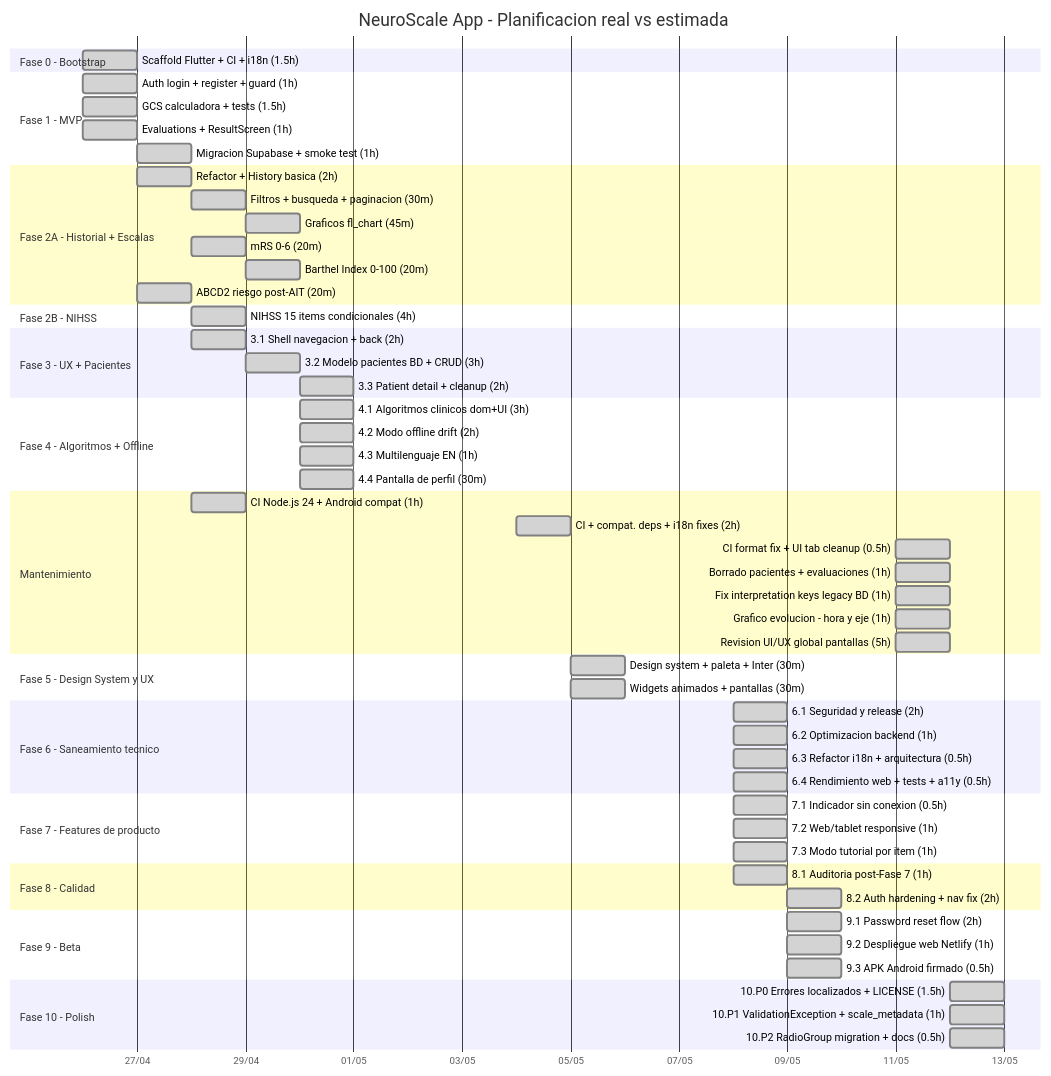
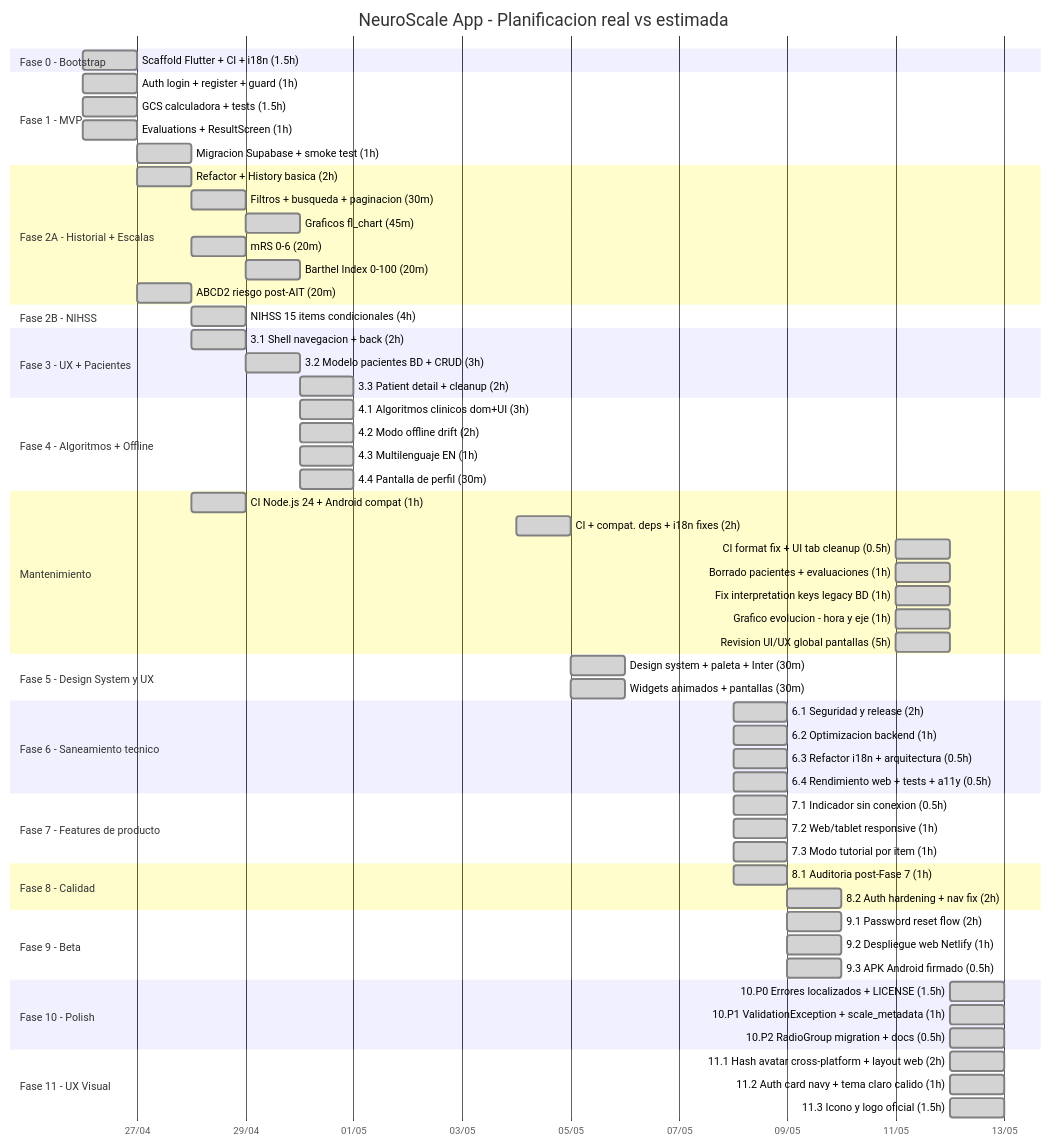
The diagram in README.md (grisllo/NeuroScaleApp), drawn with Mermaid before and after one commit. The commit also changed other lines of this file and 2 other files, not shown here.

Commit message:
fix(ci): formato tool/generate_icon.dart + docs Fase 11 UX Visual
- tool/generate_icon.dart: corregido formato dart para que CI pase
- README: Gantt Fase 11 completada (~76h)
- docs/ROADMAP.md: estado actual actualizado a Fase 11

````diff
--- a/README.md
+++ b/README.md
@@ -47,75 +47,80 @@
 ```mermaid
 gantt
     title NeuroScale App - Planificacion real vs estimada
     dateFormat  YYYY-MM-DD
     axisFormat  %d/%m
 
     section Fase 0 - Bootstrap
     Scaffold Flutter + CI + i18n (1.5h)      :done, f0,   2026-04-26, 1d
 
     section Fase 1 - MVP
     Auth login + register + guard (1h)       :done, f1a,  2026-04-26, 1d
     GCS calculadora + tests (1.5h)           :done, f1b,  2026-04-26, 1d
     Evaluations + ResultScreen (1h)          :done, f1c,  2026-04-26, 1d
     Migracion Supabase + smoke test (1h)     :done, f1d,  2026-04-27, 1d
 
     section Fase 2A - Historial + Escalas
     Refactor + History basica (2h)           :done, f2a1, 2026-04-27, 1d
     Filtros + busqueda + paginacion (30m)    :done, f2a2, after f2a1, 1d
     Graficos fl_chart (45m)                  :done, f2a3, after f2a2, 1d
     mRS 0-6 (20m)                            :done, f2a4, after f2a1, 1d
     Barthel Index 0-100 (20m)                :done, f2a5, after f2a4, 1d
     ABCD2 riesgo post-AIT (20m)              :done, f2a6, 2026-04-27, 1d
 
     section Fase 2B - NIHSS
     NIHSS 15 items condicionales (4h)        :done, f2b,  2026-04-28, 1d
 
     section Fase 3 - UX + Pacientes
     3.1 Shell navegacion + back (2h)         :done, f3a,  2026-04-28, 1d
     3.2 Modelo pacientes BD + CRUD (3h)      :done, f3b,  2026-04-29, 1d
     3.3 Patient detail + cleanup (2h)        :done, f3c,  2026-04-30, 1d
 
     section Fase 4 - Algoritmos + Offline
     4.1 Algoritmos clinicos dom+UI (3h)      :done, f4a,  2026-04-30, 1d
     4.2 Modo offline drift (2h)              :done, f4b,  2026-04-30, 1d
     4.3 Multilenguaje EN (1h)                :done, f4c,  2026-04-30, 1d
     4.4 Pantalla de perfil (30m)             :done, f4d,  2026-04-30, 1d
 
     section Mantenimiento
     CI Node.js 24 + Android compat (1h)      :done, mnt0, 2026-04-28, 1d
     CI + compat. deps + i18n fixes (2h)      :done, mnt,  2026-05-04, 1d
     CI format fix + UI tab cleanup (0.5h)    :done, mnt2, 2026-05-11, 1d
     Borrado pacientes + evaluaciones (1h)    :done, mnt3, 2026-05-11, 1d
     Fix interpretation keys legacy BD (1h)   :done, mnt4, 2026-05-11, 1d
     Grafico evolucion - hora y eje (1h)      :done, mnt5, 2026-05-11, 1d
     Revision UI/UX global pantallas (5h)     :done, mnt6, 2026-05-11, 1d
 
     section Fase 5 - Design System y UX
     Design system + paleta + Inter (30m)     :done, f5a,  2026-05-05, 1d
     Widgets animados + pantallas (30m)       :done, f5b,  2026-05-05, 1d
 
     section Fase 6 - Saneamiento tecnico
     6.1 Seguridad y release (2h)             :done, f6a,  2026-05-08, 1d
     6.2 Optimizacion backend (1h)            :done, f6b,  2026-05-08, 1d
     6.3 Refactor i18n + arquitectura (0.5h)  :done, f6c,  2026-05-08, 1d
     6.4 Rendimiento web + tests + a11y (0.5h) :done, f6d,  2026-05-08, 1d
 
     section Fase 7 - Features de producto
     7.1 Indicador sin conexion (0.5h)        :done, f7a,  2026-05-08, 1d
     7.2 Web/tablet responsive (1h)           :done, f7b,  2026-05-08, 1d
     7.3 Modo tutorial por item (1h)          :done, f7c,  2026-05-08, 1d
 
     section Fase 8 - Calidad
     8.1 Auditoria post-Fase 7 (1h)           :done, f8a,  2026-05-08, 1d
     8.2 Auth hardening + nav fix (2h)        :done, f8b,  2026-05-09, 1d
 
     section Fase 9 - Beta
     9.1 Password reset flow (2h)             :done, f9a,  2026-05-09, 1d
     9.2 Despliegue web Netlify (1h)          :done, f9b,  2026-05-09, 1d
     9.3 APK Android firmado (0.5h)           :done, f9c,  2026-05-09, 1d
 
     section Fase 10 - Polish
     10.P0 Errores localizados + LICENSE (1.5h) :done, f10a, 2026-05-12, 1d
     10.P1 ValidationException + scale_metadata (1h) :done, f10b, 2026-05-12, 1d
     10.P2 RadioGroup migration + docs (0.5h) :done, f10c, 2026-05-12, 1d
+
+    section Fase 11 - UX Visual
+    11.1 Hash avatar cross-platform + layout web (2h) :done, f11a, 2026-05-12, 1d
+    11.2 Auth card navy + tema claro calido (1h) :done, f11b, 2026-05-12, 1d
+    11.3 Icono y logo oficial (1.5h)            :done, f11c, 2026-05-12, 1d
 ```
````
